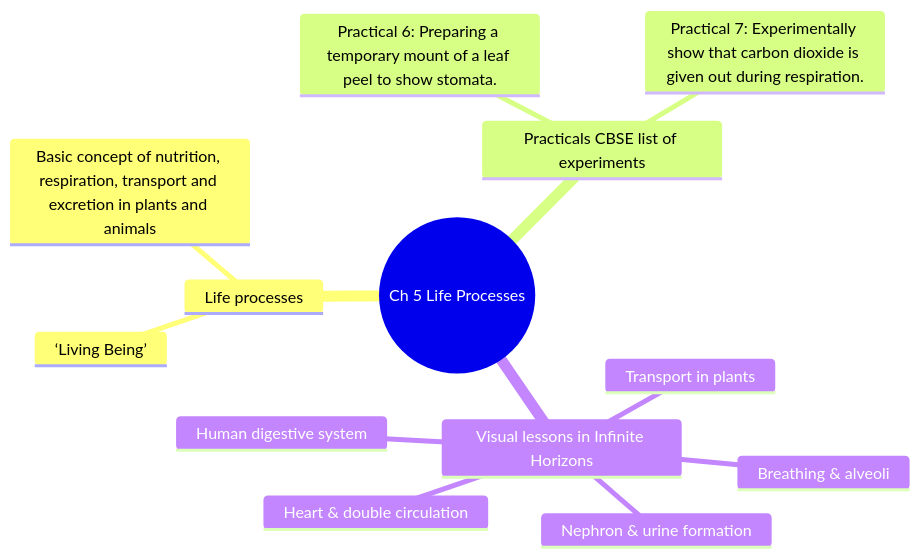
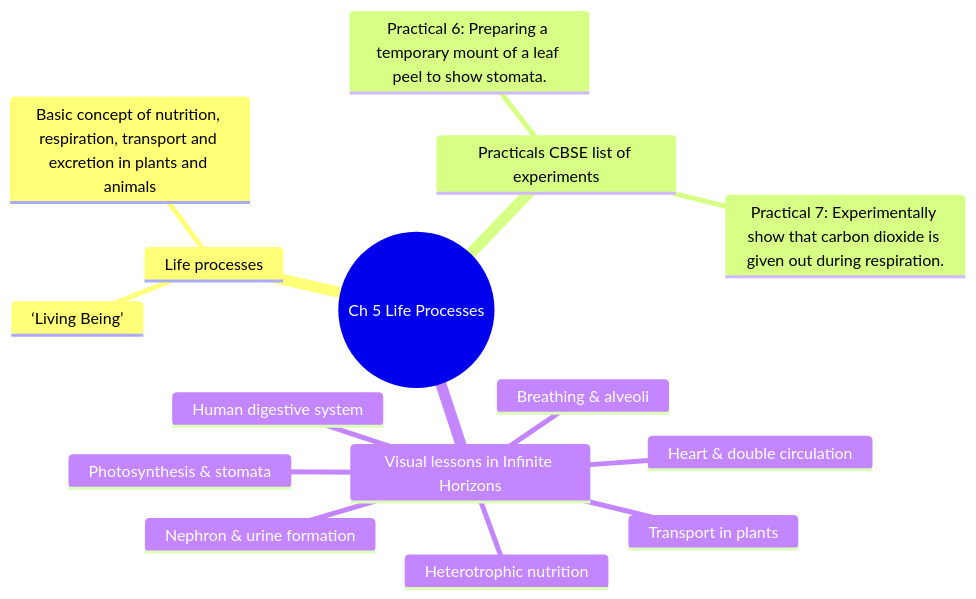
Diagram 17 of 26 in docs/CHAPTER_MINDMAPS.md (anveshix/ifinite-horizon), drawn with Mermaid before and after one commit. The commit also changed other lines of this file and 15 other files, not shown here.

````diff
--- a/docs/CHAPTER_MINDMAPS.md
+++ b/docs/CHAPTER_MINDMAPS.md
@@ -621,16 +623,18 @@
 ```mermaid
 mindmap
   root((Ch 5 Life Processes))
     Life processes
       ‘Living Being’
       Basic concept of nutrition, respiration, transport and excretion in plants and animals
     Practicals CBSE list of experiments
       Practical 6: Preparing a temporary mount of a leaf peel to show stomata.
       Practical 7: Experimentally show that carbon dioxide is given out during respiration.
     Visual lessons in Infinite Horizons
       Heart & double circulation
       Human digestive system
       Breathing & alveoli
       Nephron & urine formation
       Transport in plants
+      Photosynthesis & stomata
+      Heterotrophic nutrition
 ```
````
